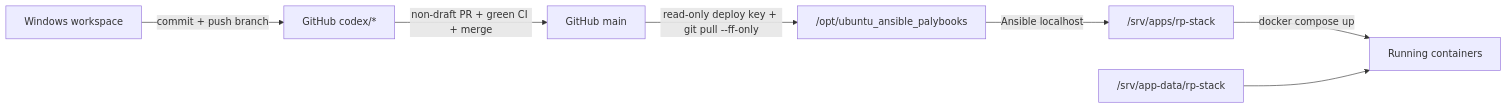
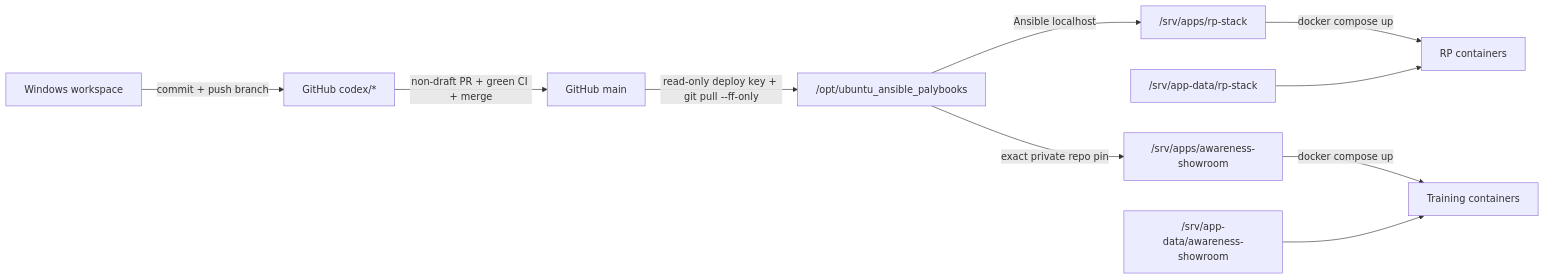
One commit to abykovwww-byte/ubuntu_ansible_palybooks changed the diagram in docs/wiki/09-operations-and-repository.md. Above: the diagram before and after it, drawn with Mermaid. The commit also changed other lines of this file and 44 other files, not shown here.

Commit message:
feat(rp): enforce Awareness Showroom cutover boundary

````diff
--- a/docs/wiki/09-operations-and-repository.md
+++ b/docs/wiki/09-operations-and-repository.md
@@ -9,9 +9,12 @@
 ```mermaid
 flowchart LR
     W["Windows workspace"] -->|"commit + push branch"| BR["GitHub codex/*"]
     BR -->|"non-draft PR + green CI + merge"| GH["GitHub main"]
     GH -->|"read-only deploy key + git pull --ff-only"| CO["/opt/ubuntu_ansible_palybooks"]
-    CO -->|"Ansible localhost"| APP["/srv/apps/rp-stack"]
-    APP -->|"docker compose up"| RT["Running containers"]
-    DATA["/srv/app-data/rp-stack"] --> RT
+    CO -->|"Ansible localhost"| RP["/srv/apps/rp-stack"]
+    CO -->|"exact private repo pin"| TR["/srv/apps/awareness-showroom"]
+    RP -->|"docker compose up"| RRT["RP containers"]
+    TR -->|"docker compose up"| TRT["Training containers"]
+    RPD["/srv/app-data/rp-stack"] --> RRT
+    TRD["/srv/app-data/awareness-showroom"] --> TRT
 ```
````
